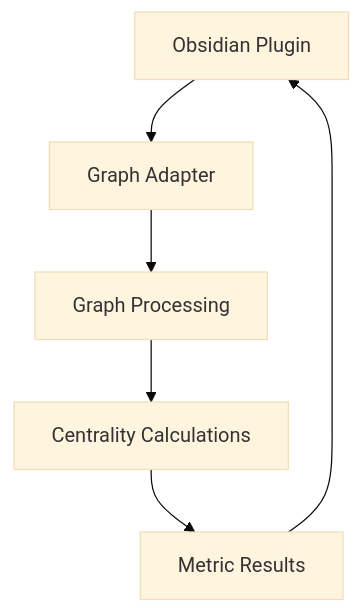
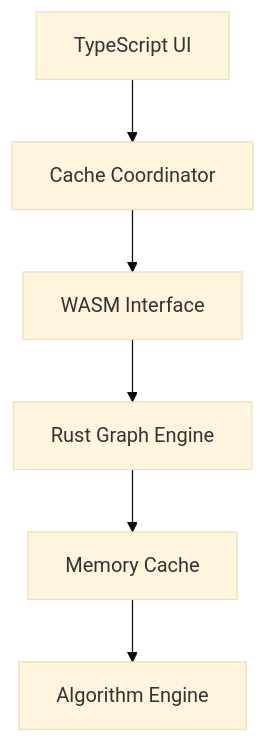
Before and after one commit to luolanaaTUD/obsidian-graph-analysis: the second of 2 diagrams in memory-bank/systemPatterns.md, drawn with Mermaid (base theme). The commit also changed other lines of this file and 7 other files, not shown here.

````diff
--- a/memory-bank/systemPatterns.md
+++ b/memory-bank/systemPatterns.md
@@ -26,8 +56,8 @@
 ```mermaid
 graph TD
-    A[Obsidian Plugin] --> B[Graph Adapter]
-    B --> C[Graph Processing]
-    C --> D[Centrality Calculations]
-    D --> E[Metric Results]
-    E --> A
+    A[TypeScript UI] --> B[Cache Coordinator]
+    B --> C[WASM Interface]
+    C --> D[Rust Graph Engine]
+    D --> E[Memory Cache]
+    E --> F[Algorithm Engine]
 ```
````
